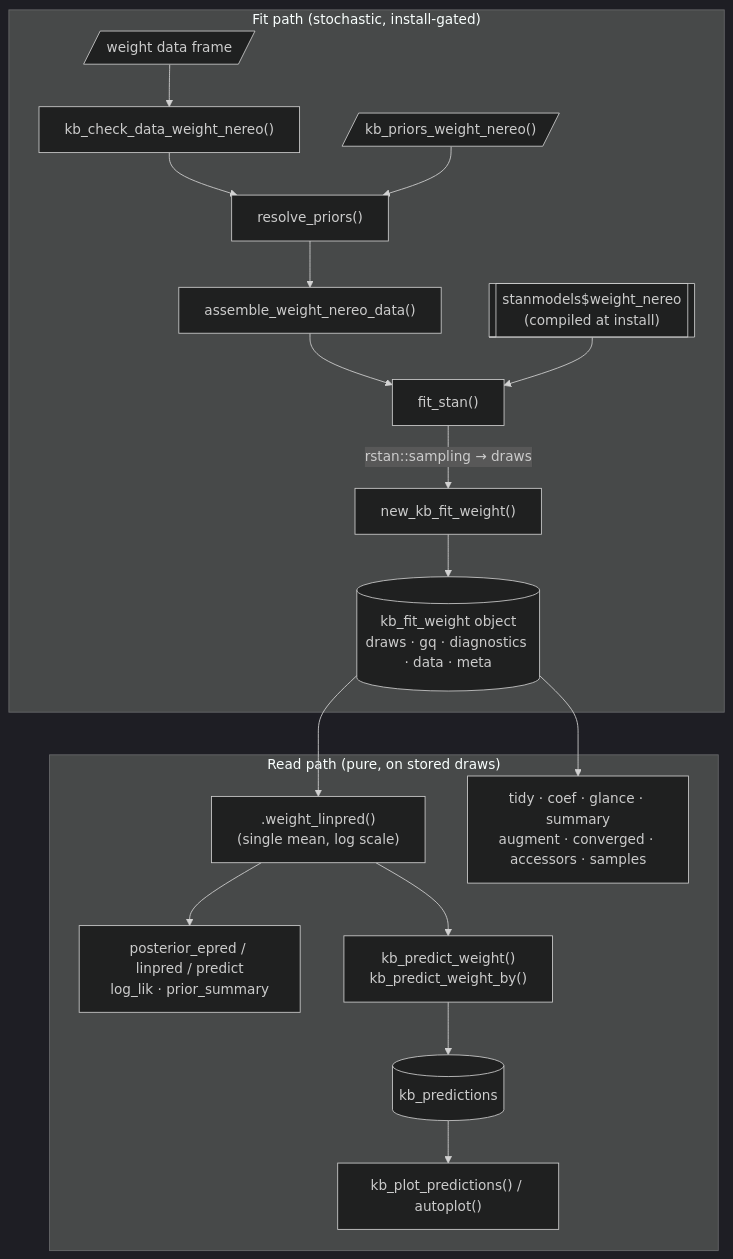
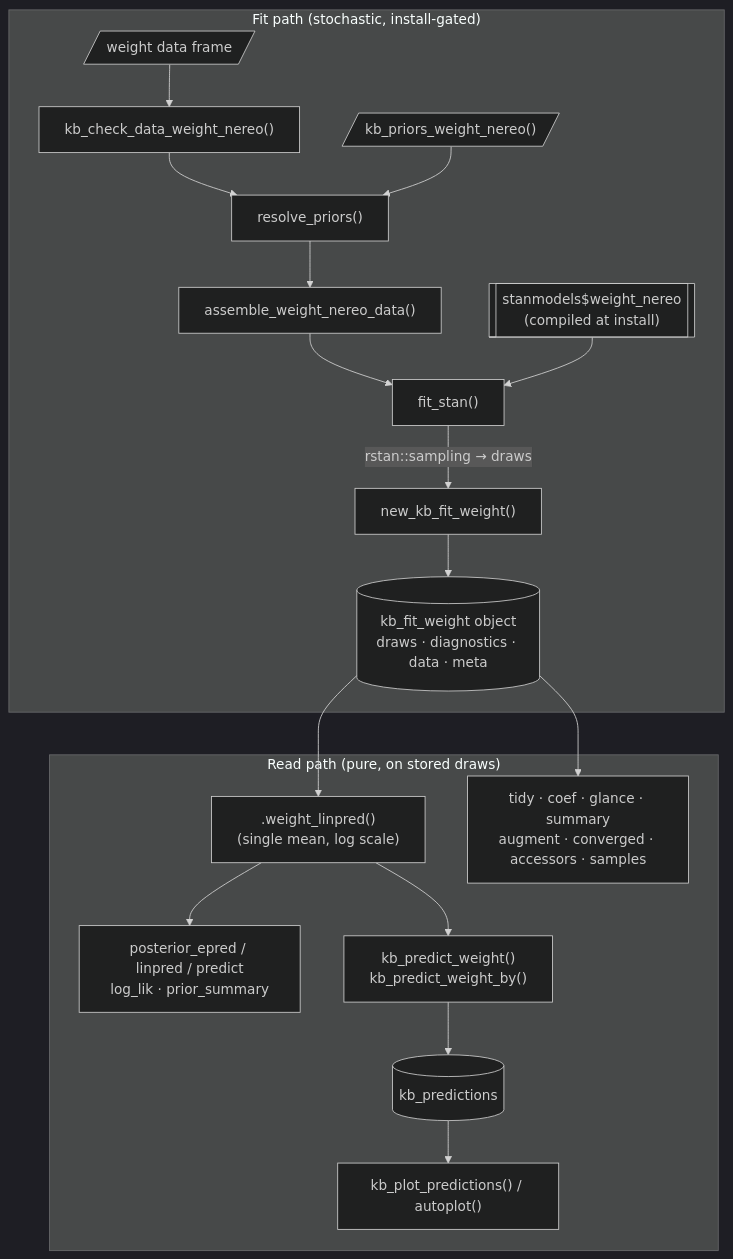
The diagram in decisions/architecture.md (HakaiInstitute/kelpbio), drawn with Mermaid (dark theme) before and after one commit. The commit also changed other lines of this file and 52 other files, not shown here.

````diff
--- a/decisions/architecture.md
+++ b/decisions/architecture.md
@@ -15,22 +15,22 @@
 ```mermaid
 flowchart TD
     subgraph fit["Fit path (stochastic, install-gated)"]
         DATA[/"weight data frame"/] --> CHK["kb_check_data_weight_nereo()"]
         CHK --> RP["resolve_priors()"]
         PRIORS[/"kb_priors_weight_nereo()"/] --> RP
         RP --> ASM["assemble_weight_nereo_data()"]
         ASM --> FS["fit_stan()"]
         SM[["stanmodels$weight_nereo<br/>(compiled at install)"]] --> FS
         FS -->|"rstan::sampling → draws"| CTOR["new_kb_fit_weight()"]
-        CTOR --> FITOBJ[("kb_fit_weight object<br/>draws · gq · diagnostics · data · meta")]
+        CTOR --> FITOBJ[("kb_fit_weight object<br/>draws · diagnostics · data · meta")]
     end
 
     subgraph read["Read path (pure, on stored draws)"]
         FITOBJ --> LP[".weight_linpred()<br/>(single mean, log scale)"]
         LP --> GEN["posterior_epred / linpred / predict<br/>log_lik · prior_summary"]
         LP --> PV["kb_predict_weight()<br/>kb_predict_weight_by()"]
         PV --> PRED[("kb_predictions")]
         PRED --> PLOT["kb_plot_predictions() / autoplot()"]
         FITOBJ --> SUMM["tidy · coef · glance · summary<br/>augment · converged · accessors · samples"]
     end
 ```
````
